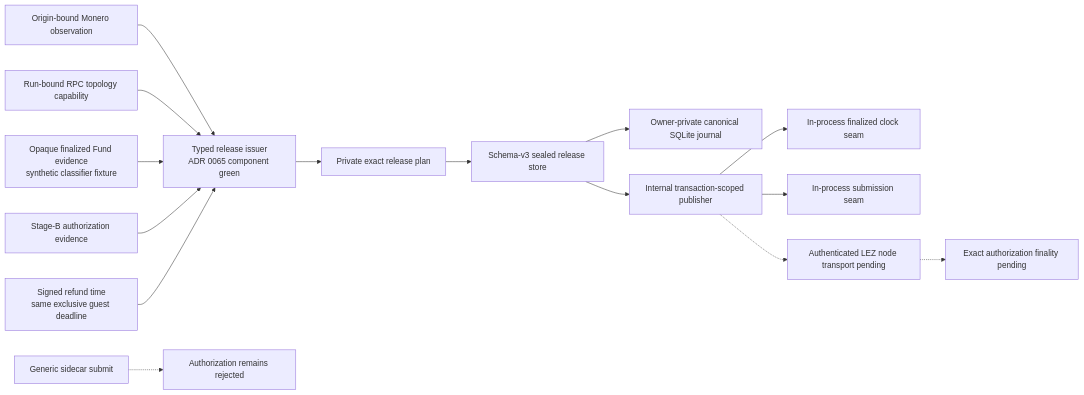
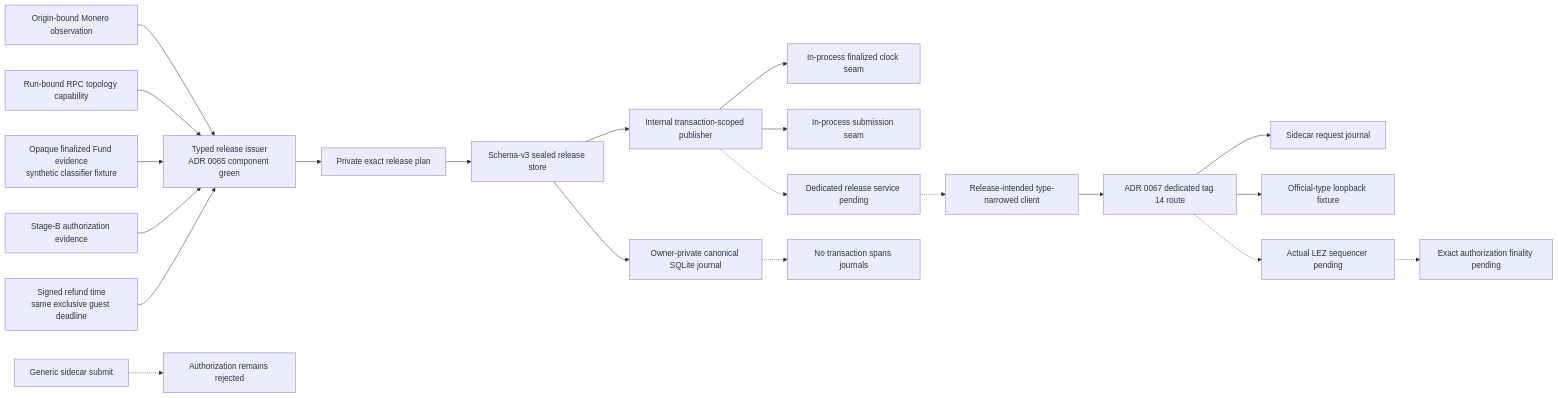
Before and after one commit to gateway-fm/lez-atomic-swaps: the first of 2 diagrams in docs/architecture/0064-gate-xmr-publication-through-sealed-journal.md, drawn with Mermaid. The commit also changed other lines of this file and 25 other files, not shown here.

Commit message:
feat(m4): add dedicated XMR authorization route

````diff
--- a/docs/architecture/0064-gate-xmr-publication-through-sealed-journal.md
+++ b/docs/architecture/0064-gate-xmr-publication-through-sealed-journal.md
@@ -46,17 +46,23 @@
 ```mermaid
 flowchart LR
     Observation["Origin-bound Monero observation"] --> Issuer["Typed release issuer<br/>ADR 0065 component green"]
     Topology["Run-bound RPC topology capability"] --> Issuer
     Fund["Opaque finalized Fund evidence<br/>synthetic classifier fixture"] --> Issuer
     StageB["Stage-B authorization evidence"] --> Issuer
     Deadline["Signed refund time<br/>same exclusive guest deadline"] --> Issuer
     Issuer --> Plan["Private exact release plan"]
     Plan --> Store["Schema-v3 sealed release store"]
     Store --> Journal["Owner-private canonical SQLite journal"]
     Store --> Publisher["Internal transaction-scoped publisher"]
     Publisher --> TestClock["In-process finalized clock seam"]
     Publisher --> TestTransport["In-process submission seam"]
-    Publisher -.-> NodeTransport["Authenticated LEZ node transport pending"]
-    NodeTransport -.-> Finality["Exact authorization finality pending"]
+    Publisher -.-> ReleaseService["Dedicated release service pending"]
+    ReleaseService -.-> ReleaseClient["Release-intended type-narrowed client"]
+    ReleaseClient --> Route["ADR 0067 dedicated tag 14 route"]
+    Route --> SideJournal["Sidecar request journal"]
+    Route --> Fixture["Official-type loopback fixture"]
+    Route -.-> ActualNode["Actual LEZ sequencer pending"]
+    ActualNode -.-> Finality["Exact authorization finality pending"]
+    Journal -.-> SideJournalNote["No transaction spans journals"]
     Generic["Generic sidecar submit"] -.-> Rejected["Authorization remains rejected"]
 ```
````
